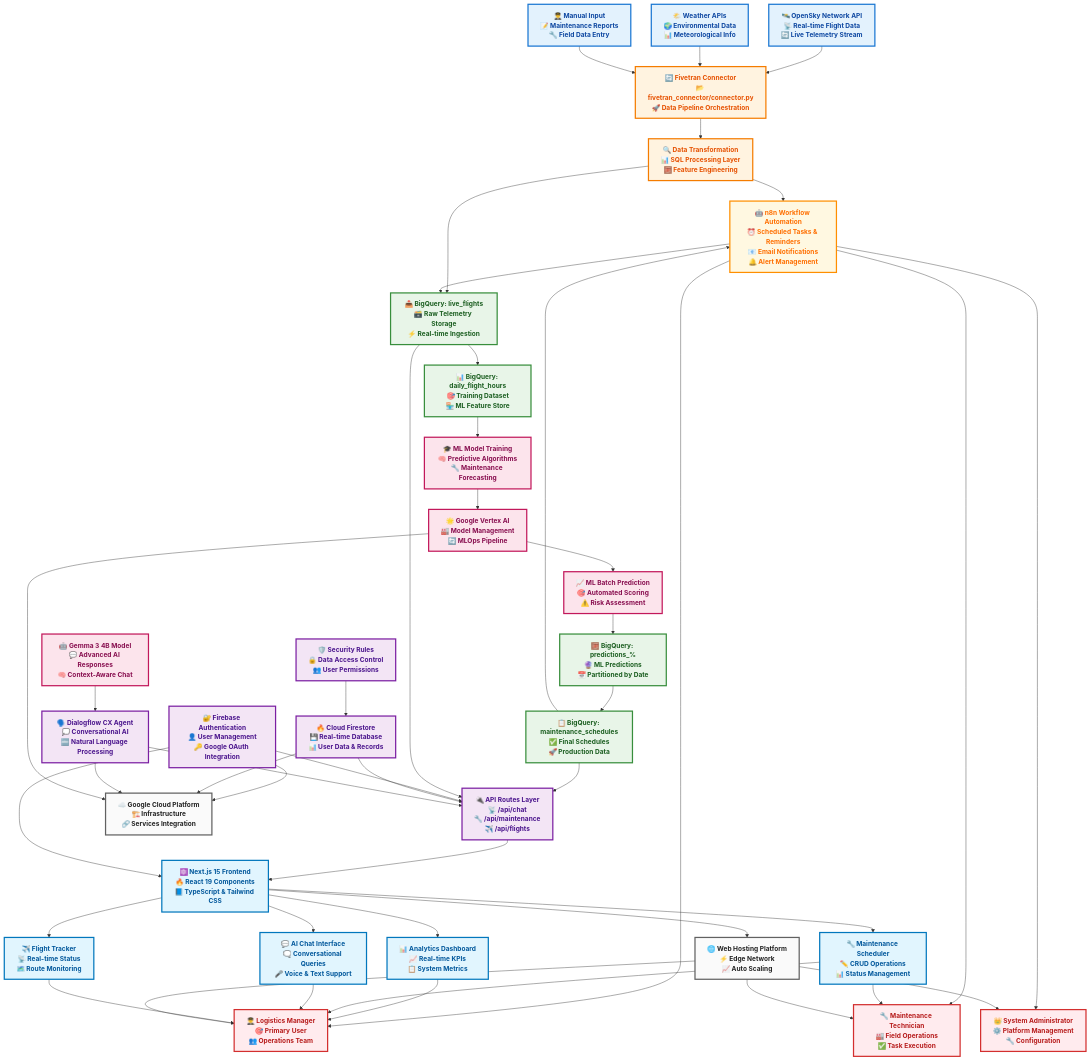
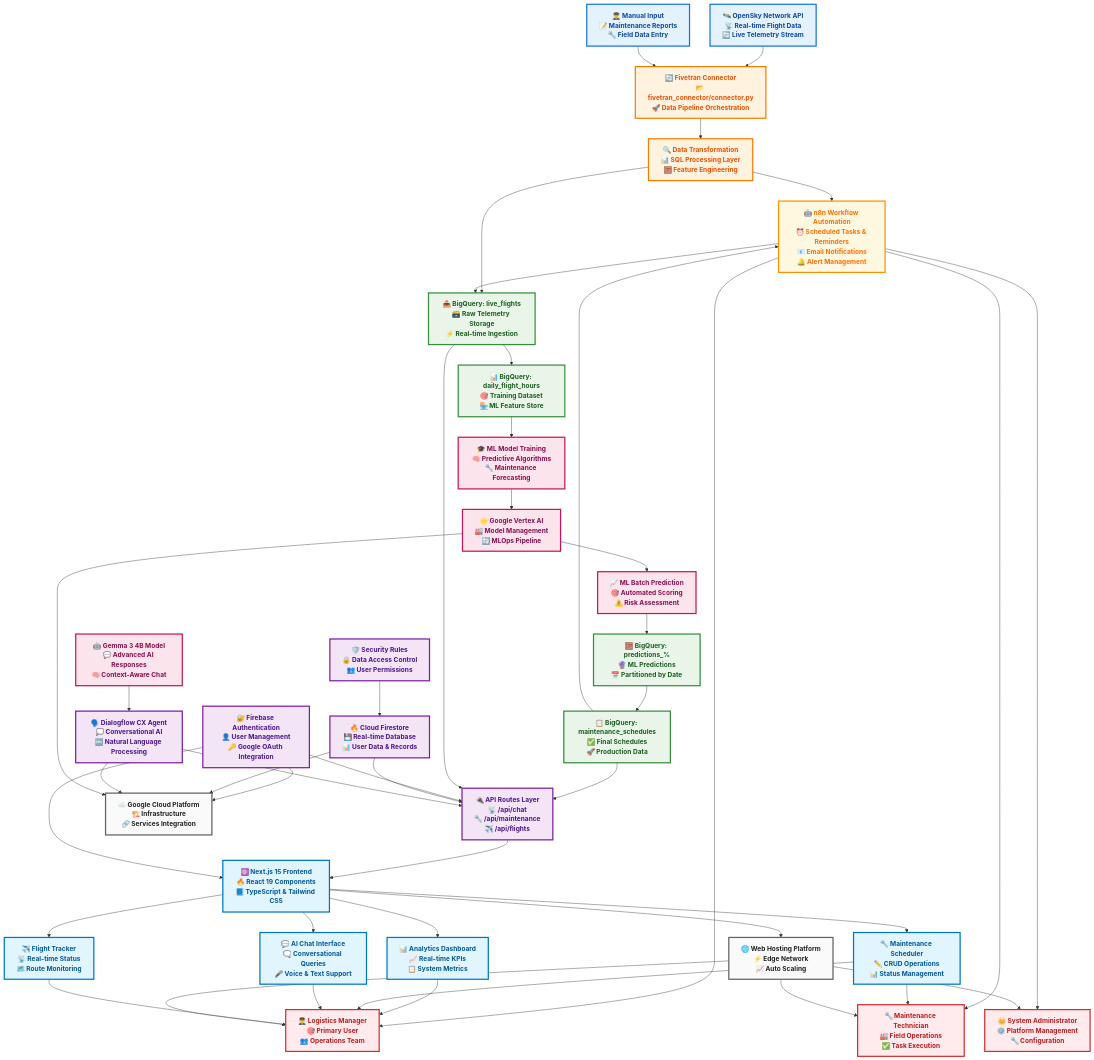
The first of 9 diagrams in README.md (Hetpatel01021111/MTC_AeroTrackAI), drawn with Mermaid before and after one commit. The commit also changed other lines of this file, not shown here.

First line of the commit message:
🗑️ Removed Weather APIs: Clean Architecture Focus

```diff
--- a/README.md
+++ b/README.md
@@ -37,7 +37,6 @@
 graph TB
     %% ===== DATA SOURCES =====
     API["🛰️ OpenSky Network API<br/>📡 Real-time Flight Data<br/>🔄 Live Telemetry Stream"]
-    WEATHER["🌤️ Weather APIs<br/>🌍 Environmental Data<br/>📊 Meteorological Info"]
     MANUAL["👨‍✈️ Manual Input<br/>📝 Maintenance Reports<br/>🔧 Field Data Entry"]
     
     %% ===== ETL & PROCESSING =====
@@ -80,7 +79,6 @@
     
     %% ===== DATA FLOW CONNECTIONS =====
     API --> FVT
-    WEATHER --> FVT
     MANUAL --> FVT
     FVT --> TRANSFORM
     TRANSFORM --> N8N
@@ -135,7 +133,7 @@
     classDef user fill:#FFEBEE,stroke:#D32F2F,stroke-width:3px,color:#B71C1C,font-weight:bold
     
     %% Apply Styles to Components
-    class API,WEATHER,MANUAL dataSource
+    class API,MANUAL dataSource
     class FVT,TRANSFORM etl
     class N8N automation
     class BQ_RAW,BQ_TRAIN,BQ_PRED,BQ_FINAL warehouse
```
